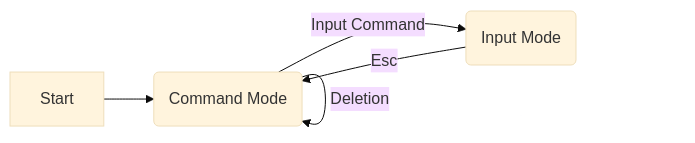
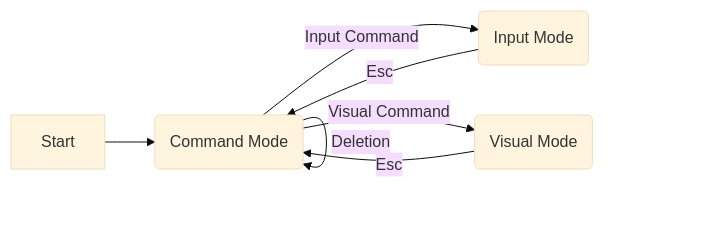
Before and after one commit to asokolsky/asokolsky.github.io: the diagram in apps/vi.md, drawn with Mermaid (base theme). The commit also changed other lines of this file and 15 other files, not shown here.

````diff
--- a/apps/vi.md
+++ b/apps/vi.md
@@ -24,8 +24,10 @@
 ```mermaid
 graph LR
     A[Start] --> B(Command Mode)
     B -- Navigation --> B
     B -- Deletion --> B
     B -- Input Command --> D(Input Mode)
+    B -- Visual Command --> E(Visual Mode)
     D --Esc--> B
+    E --Esc--> B
 ```
````
